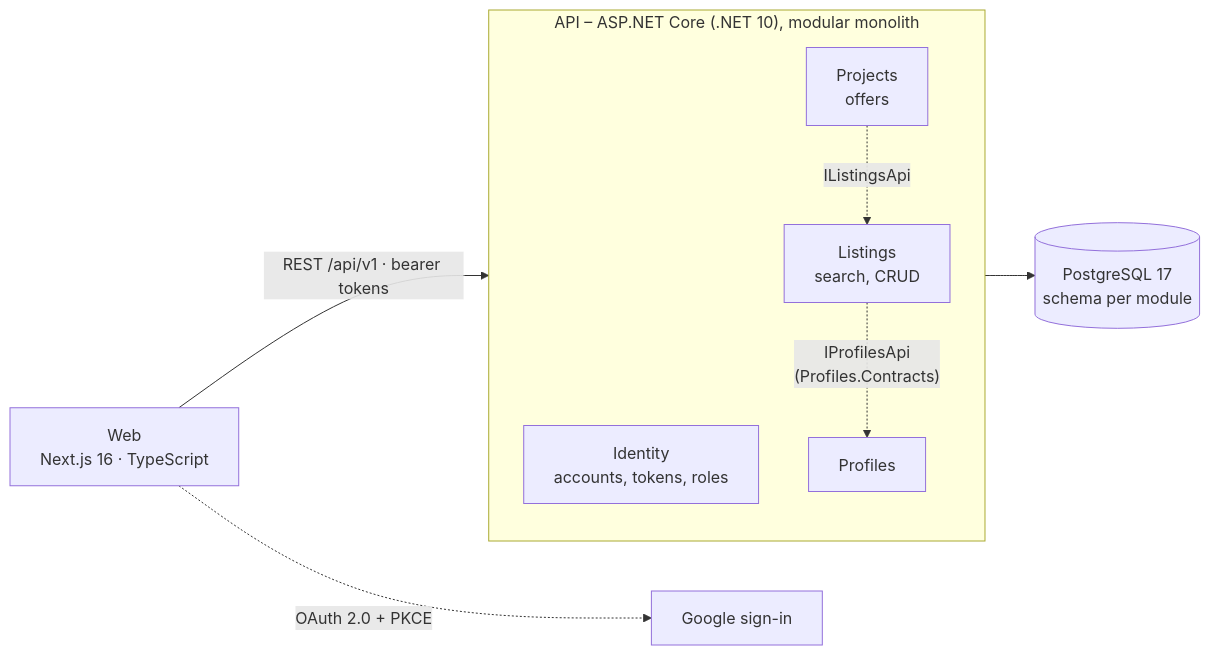
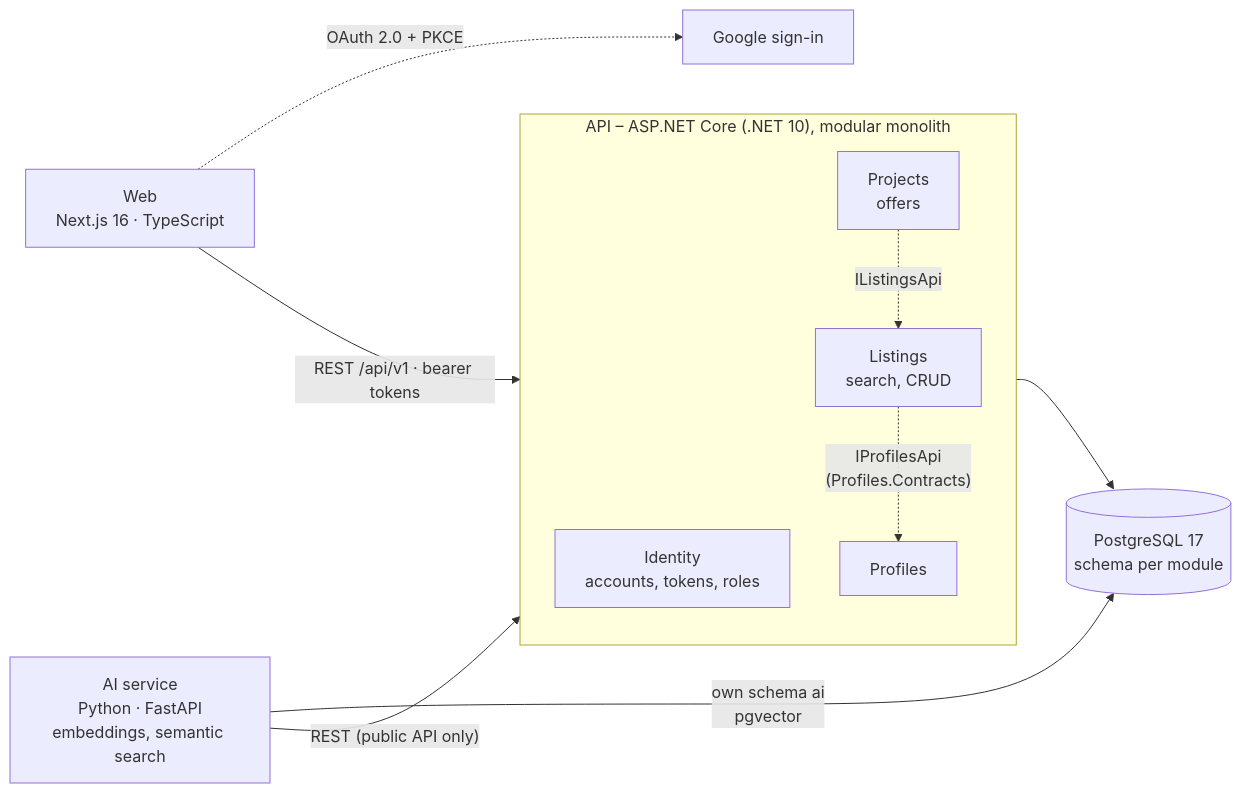
One commit to Petus19/Vybavim_to changed the diagram in README.md. Above: the diagram before and after it, drawn with Mermaid. The commit also changed other lines of this file, not shown here.

````diff
--- a/README.md
+++ b/README.md
@@ -39,14 +39,16 @@
 ```mermaid
 flowchart LR
     web["Web<br/>Next.js 16 · TypeScript"] -->|"REST /api/v1 · bearer tokens"| api
     subgraph api["API – ASP.NET Core (.NET 10), modular monolith"]
         identity["Identity<br/>accounts, tokens, roles"]
         profiles["Profiles"]
         projects["Projects<br/>offers"]
         listings["Listings<br/>search, CRUD"]
         listings -. "IProfilesApi<br/>(Profiles.Contracts)" .-> profiles
         projects -. "IListingsApi" .-> listings
     end
     api --> db[("PostgreSQL 17<br/>schema per module")]
     web -. "OAuth 2.0 + PKCE" .-> google["Google sign-in"]
+    ai["AI service<br/>Python · FastAPI<br/>embeddings, semantic search"] -->|"REST (public API only)"| api
+    ai -->|"own schema ai<br/>pgvector"| db
 ```
````
